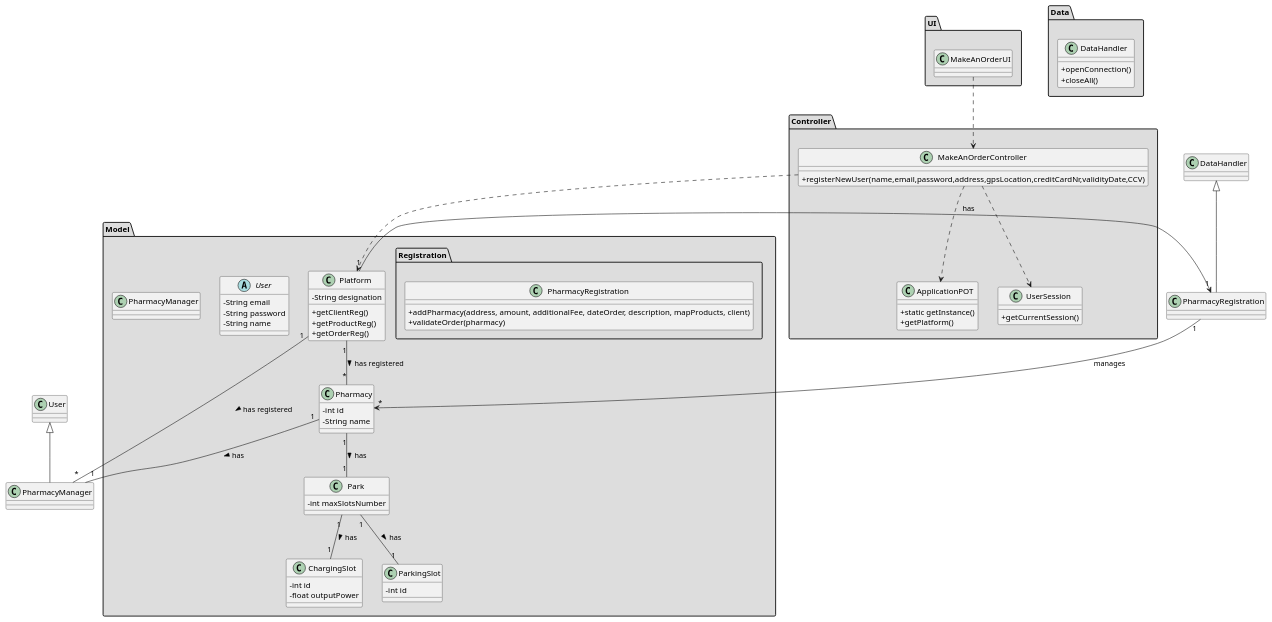
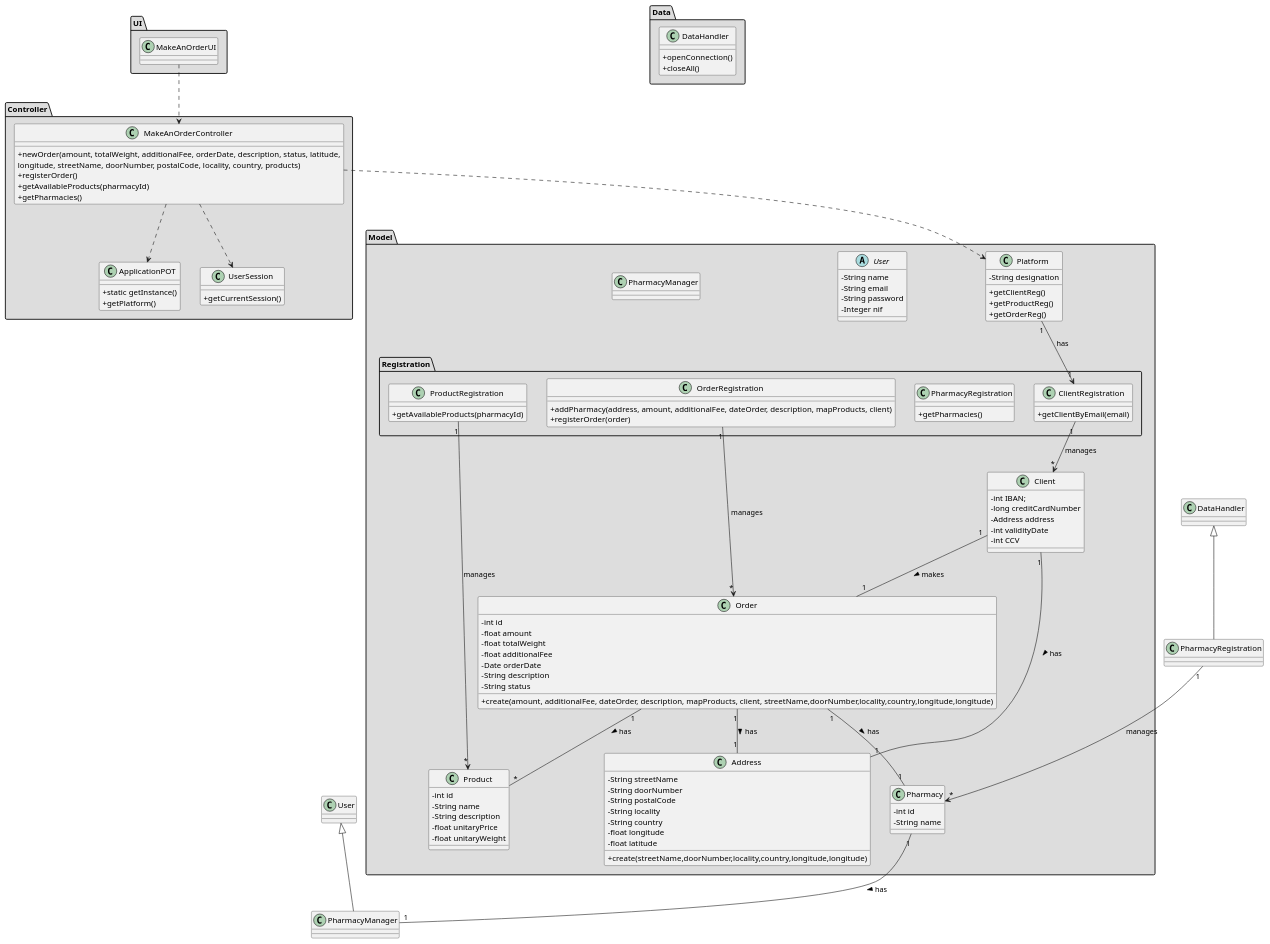
Before and after one commit to tiagoavcosta25/LAPR3: the diagram in docs/Iteration 1/Make An Order/US25_MakeAnOrder/US25_CD.puml, drawn with PlantUML. The commit also changed 13 other files, not shown here.

```diff
--- a/docs/Iteration 1/Make An Order/US25_MakeAnOrder/US25_CD.puml
+++ b/docs/Iteration 1/Make An Order/US25_MakeAnOrder/US25_CD.puml
@@ -1,101 +1,145 @@
 @startuml
 skinparam classAttributeIconSize 0
 
 package "UI" #DDDDDD {
 class MakeAnOrderUI{
 
 }
 }
 
 
 package "Controller" #DDDDDD {
 class MakeAnOrderController{
-+registerNewUser(name,email,password,address,gpsLocation,creditCardNr,validityDate,CCV)
++newOrder(amount, totalWeight, additionalFee, orderDate, description, status, latitude,
+longitude, streetName, doorNumber, postalCode, locality, country, products)
++registerOrder()
++getAvailableProducts(pharmacyId)
++getPharmacies()
 }
 
 class ApplicationPOT
 {
   +static getInstance()
   +getPlatform()
 }
 
 class UserSession
 {
   +getCurrentSession()
 }
 }
 
 
 package "Model" #DDDDDD {
 class Platform {
   -String designation
   +getClientReg()
   +getProductReg()
   +getOrderReg()
 }
 package "Registration" #DDDDDD {
 
+  class OrderRegistration{
+       +addPharmacy(address, amount, additionalFee, dateOrder, description, mapProducts, client)
+       +registerOrder(order)
+  }
+
   class PharmacyRegistration{
-       +addPharmacy(address, amount, additionalFee, dateOrder, description, mapProducts, client)
-       +validateOrder(pharmacy)
-   }
+          +getPharmacies()
+  }
+
+  class ProductRegistration{
+          +getAvailableProducts(pharmacyId)
+  }
+  class ClientRegistration{
+        +getClientByEmail(email)
+  }
  }
 }
 
 package "Model" #DDDDDD {
 abstract class User{
--String email
--String password
--String name
+-   String name
+-   String email
+-   String password
+-   Integer nif
+}
+
+class Client{
+-int IBAN;
+-long creditCardNumber
+-Address address
+-int validityDate
+-int CCV
+}
+
+class Address{
+-   String streetName
+-   String doorNumber
+-   String postalCode
+-   String locality
+-   String country
+-   float longitude
+-   float latitude
++create(streetName,doorNumber,locality,country,longitude,longitude)
+}
+
+class Order{
+-   int id
+-   float amount
+-   float totalWeight
+-   float additionalFee
+-   Date orderDate
+-   String description
+-   String status
++create(amount, additionalFee, dateOrder, description, mapProducts, client, streetName,doorNumber,locality,country,longitude,longitude)
+}
+
+class Product{
+-   int id
+-   String name
+-   String description
+-   float unitaryPrice
+-   float unitaryWeight
 }
 
 class Pharmacy{
 -   int id
 -   String name
 }
 
 class PharmacyManager{
-}
-
-class Park{
--   int maxSlotsNumber
-}
-
-class ChargingSlot{
--   int id
--   float outputPower
-}
-
-class ParkingSlot{
--   int id
 }
 
 }
 
 
 package "Data" #DDDDDD {
 class DataHandler{
     +openConnection()
     +closeAll()
 }
 }
 
 class PharmacyRegistration extends DataHandler
 
 class PharmacyManager extends User
 
 MakeAnOrderUI ..> MakeAnOrderController
 MakeAnOrderController ..> Platform
 MakeAnOrderController ..> ApplicationPOT
 MakeAnOrderController ..> UserSession
-Platform "1" --> "1" PharmacyRegistration : has
+Platform "1" --> "1" ClientRegistration : has
+ClientRegistration "1" --> "*" Client : manages
+ProductRegistration "1" --> "*" Product : manages
+OrderRegistration "1" --> "*" Order : manages
 PharmacyRegistration "1" --> "*" Pharmacy : manages
 
-Platform "1" -- "*" Pharmacy : has registered >
-Platform "1" -- "*" PharmacyManager : has registered >
+Order "1" -- "*" Product : has >
+Order "1" -- "1" Pharmacy : has >
+Client "1" -- "1" Order : makes >
+Client "1" -- "1" Address : has >
+Order "1" -- "1" Address : has >
 Pharmacy "1" -- "1" PharmacyManager : has >
-Pharmacy "1" -- "1" Park : has >
-Park "1" -- "1" ChargingSlot : has >
-Park "1" -- "1" ParkingSlot : has >
 
 @enduml
```
